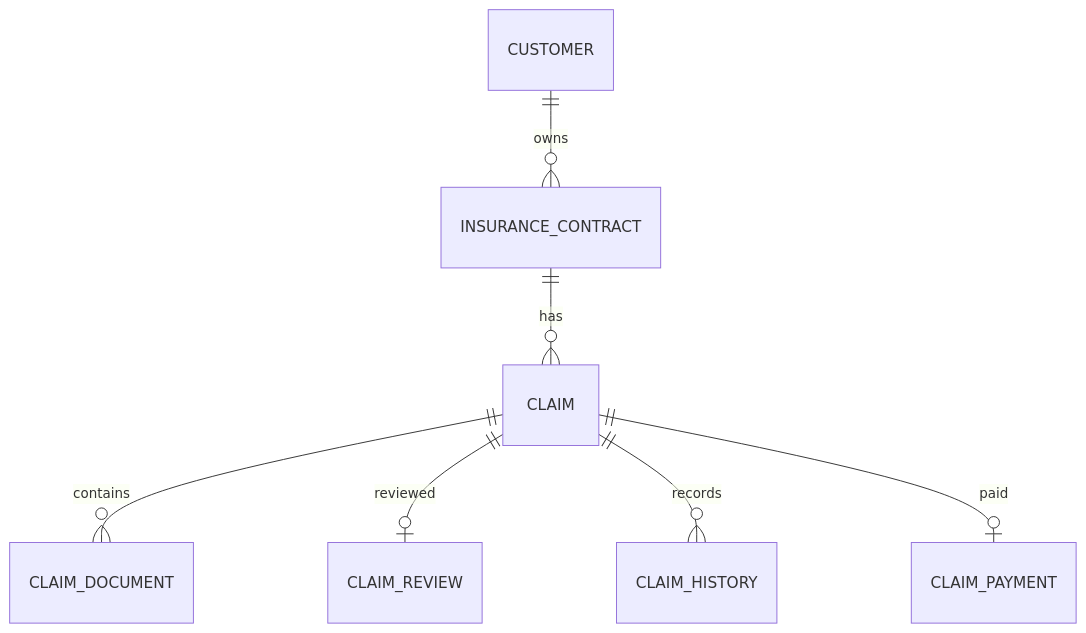
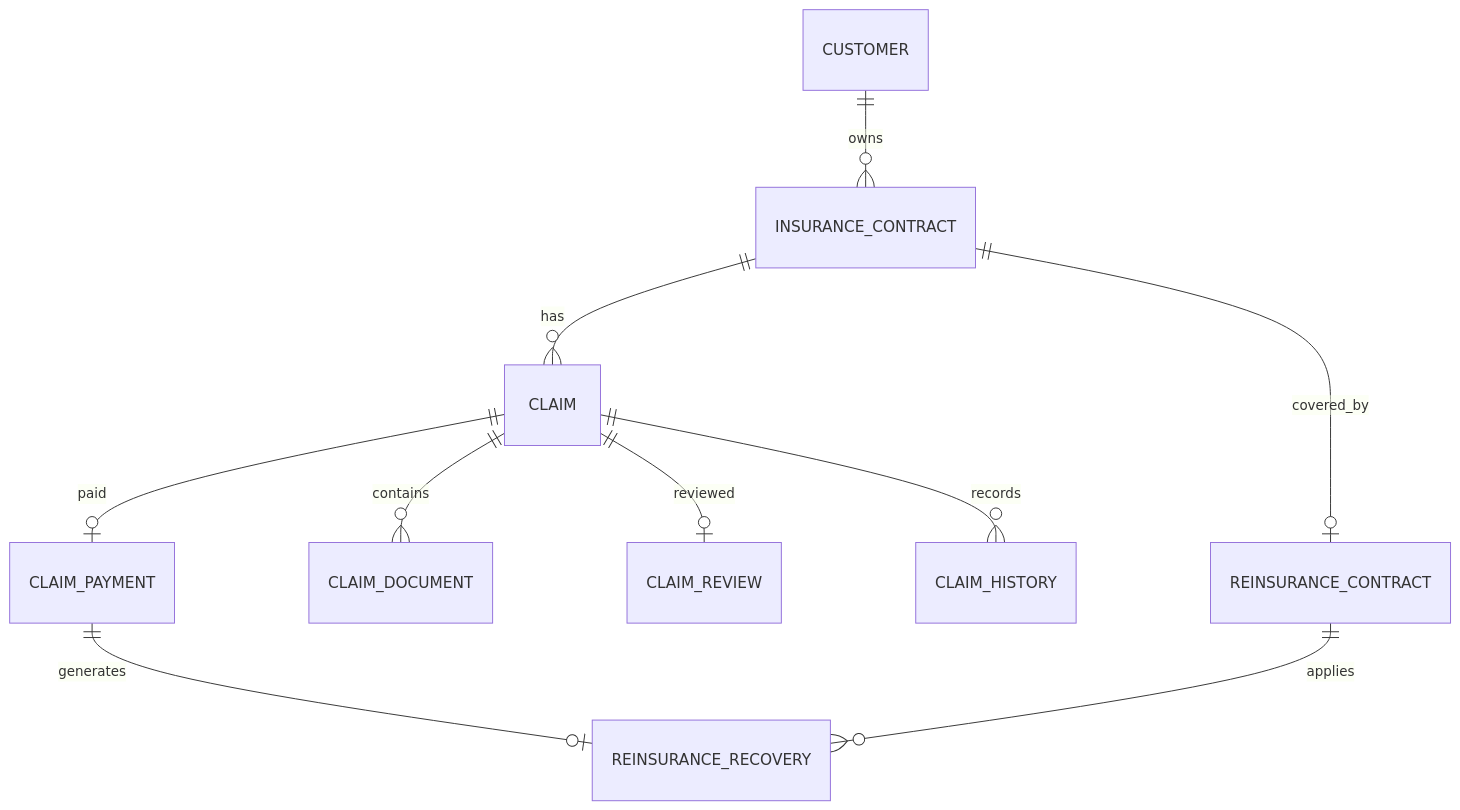
The second of 2 diagrams in README.md (SeongYeonUk/insurance-claim-workflow), drawn with Mermaid before and after one commit. The commit also changed other lines of this file and 13 other files, not shown here.

````diff
--- a/README.md
+++ b/README.md
@@ -92,9 +116,15 @@
 ```mermaid
 erDiagram
     CUSTOMER ||--o{ INSURANCE_CONTRACT : owns
+
     INSURANCE_CONTRACT ||--o{ CLAIM : has
+    INSURANCE_CONTRACT ||--o| REINSURANCE_CONTRACT : covered_by
+
     CLAIM ||--o{ CLAIM_DOCUMENT : contains
     CLAIM ||--o| CLAIM_REVIEW : reviewed
     CLAIM ||--o{ CLAIM_HISTORY : records
     CLAIM ||--o| CLAIM_PAYMENT : paid
+
+    CLAIM_PAYMENT ||--o| REINSURANCE_RECOVERY : generates
+    REINSURANCE_CONTRACT ||--o{ REINSURANCE_RECOVERY : applies
 ```
````
